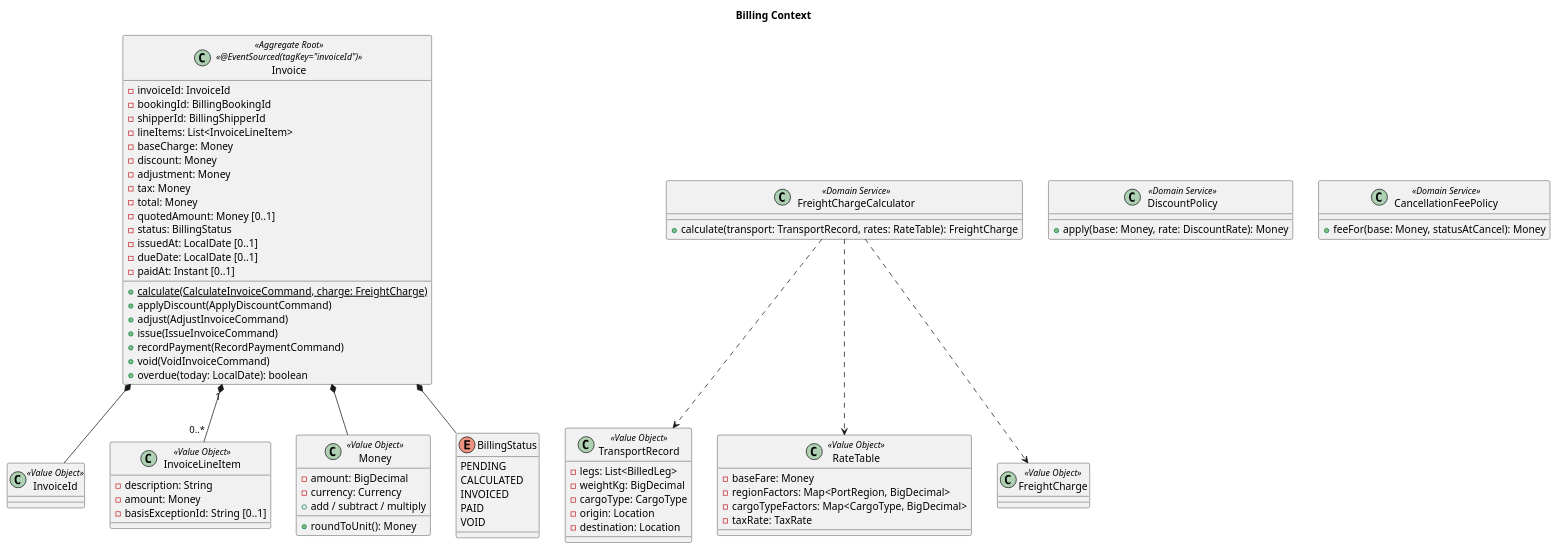
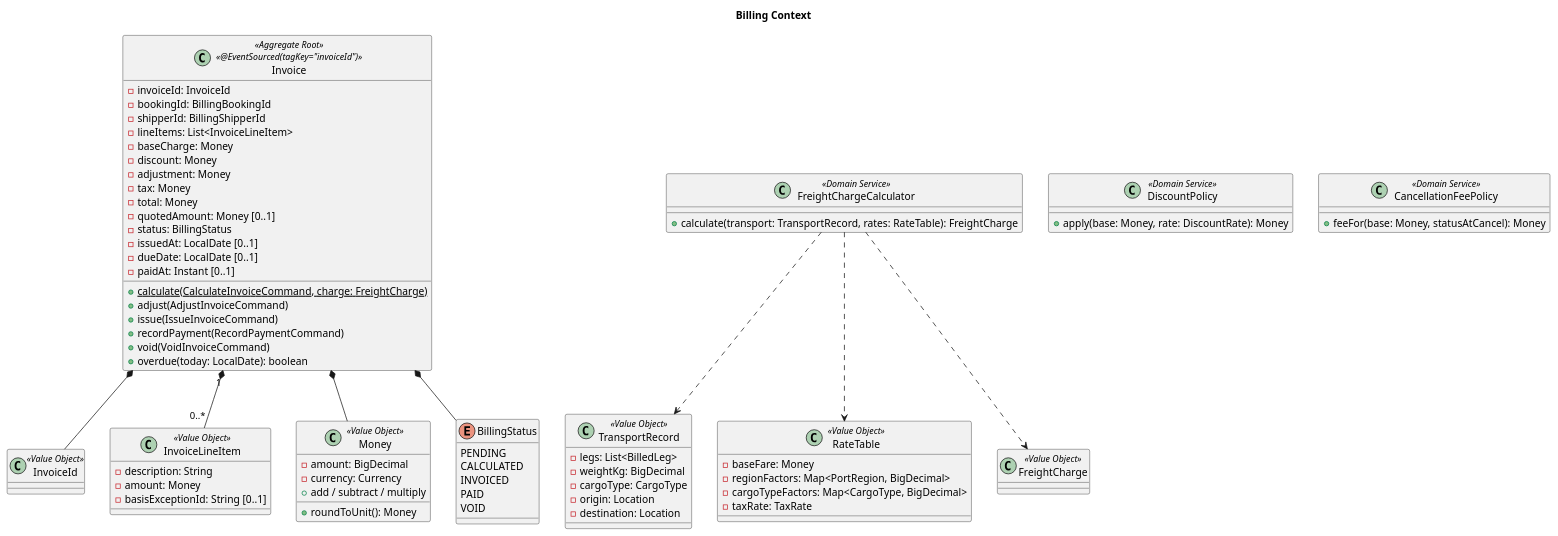
The tenth of 13 diagrams in docs/design/cargo-tracker/domain-model.md (k2works/case-study-cargo-tracker), drawn with PlantUML before and after one commit. The commit also changed other lines of this file and 7 other files, not shown here.

````diff
--- a/docs/design/cargo-tracker/domain-model.md
+++ b/docs/design/cargo-tracker/domain-model.md
@@ -1053,80 +1058,79 @@
 ```plantuml
 @startuml
 title Billing Context
 
 class Invoice <<Aggregate Root>> <<@EventSourced(tagKey="invoiceId")>> {
   - invoiceId: InvoiceId
   - bookingId: BillingBookingId
   - shipperId: BillingShipperId
   - lineItems: List<InvoiceLineItem>
   - baseCharge: Money
   - discount: Money
   - adjustment: Money
   - tax: Money
   - total: Money
   - quotedAmount: Money [0..1]
   - status: BillingStatus
   - issuedAt: LocalDate [0..1]
   - dueDate: LocalDate [0..1]
   - paidAt: Instant [0..1]
   + {static} calculate(CalculateInvoiceCommand, charge: FreightCharge)
-  + applyDiscount(ApplyDiscountCommand)
   + adjust(AdjustInvoiceCommand)
   + issue(IssueInvoiceCommand)
   + recordPayment(RecordPaymentCommand)
   + void(VoidInvoiceCommand)
   + overdue(today: LocalDate): boolean
 }
 class InvoiceId <<Value Object>>
 class InvoiceLineItem <<Value Object>> {
   - description: String
   - amount: Money
   - basisExceptionId: String [0..1]
 }
 class Money <<Value Object>> {
   - amount: BigDecimal
   - currency: Currency
   + add / subtract / multiply
   + roundToUnit(): Money
 }
 enum BillingStatus {
   PENDING
   CALCULATED
   INVOICED
   PAID
   VOID
 }
 
 class FreightChargeCalculator <<Domain Service>> {
   + calculate(transport: TransportRecord, rates: RateTable): FreightCharge
 }
 class TransportRecord <<Value Object>> {
   - legs: List<BilledLeg>
   - weightKg: BigDecimal
   - cargoType: CargoType
   - origin: Location
   - destination: Location
 }
 class RateTable <<Value Object>> {
   - baseFare: Money
   - regionFactors: Map<PortRegion, BigDecimal>
   - cargoTypeFactors: Map<CargoType, BigDecimal>
   - taxRate: TaxRate
 }
 class FreightCharge <<Value Object>>
 class DiscountPolicy <<Domain Service>> {
   + apply(base: Money, rate: DiscountRate): Money
 }
 class CancellationFeePolicy <<Domain Service>> {
   + feeFor(base: Money, statusAtCancel): Money
 }
 
 Invoice *-- InvoiceId
 Invoice *-- BillingStatus
 Invoice "1" *-- "0..*" InvoiceLineItem
 Invoice *-- Money
 FreightChargeCalculator ..> TransportRecord
 FreightChargeCalculator ..> RateTable
 FreightChargeCalculator ..> FreightCharge
 @enduml
 ```
````
